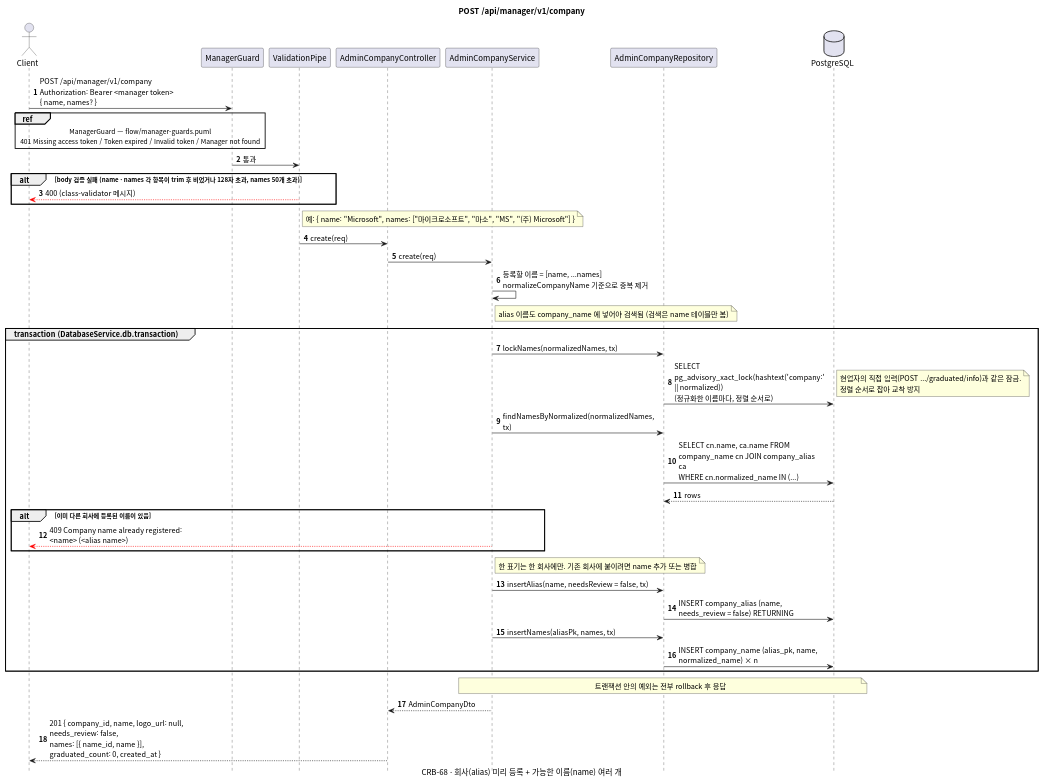
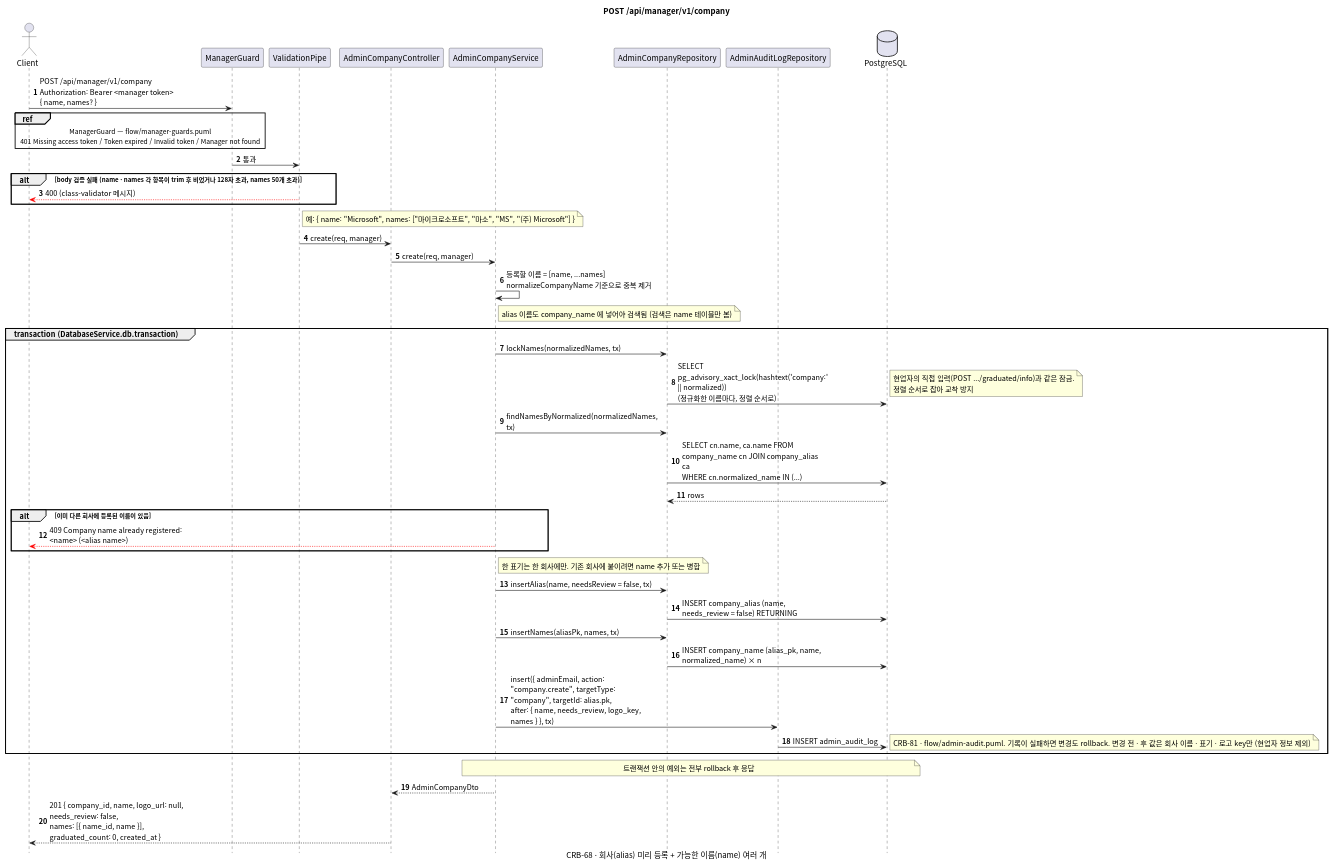
Before and after one commit to gsainfoteam/cheers-be: the diagram in docs/sequence/manager/post-company.puml, drawn with PlantUML. The commit also changed 88 other files, not shown here.

Commit message:
- feat: 어드민 변경 감사 로그(admin_audit_log, 변경 전·후 값)와 접근 로그 · 감사 로그 조회 API

```diff
--- a/docs/sequence/manager/post-company.puml
+++ b/docs/sequence/manager/post-company.puml
@@ -1,60 +1,64 @@
 @startuml post-manager-company
 skinparam defaultFontName "Apple SD Gothic Neo", "Noto Sans CJK KR", sans-serif
 skinparam responseMessageBelowArrow true
 skinparam sequenceMessageAlign left
 skinparam maxMessageSize 260
 skinparam BoxPadding 8
 skinparam shadowing false
 autonumber
 hide footbox
 
 title POST /api/manager/v1/company
 caption CRB-68 · 회사(alias) 미리 등록 + 가능한 이름(name) 여러 개
 
 actor Client
 participant "ManagerGuard" as Guard
 participant "ValidationPipe" as Pipe
 participant "AdminCompanyController" as Controller
 participant "AdminCompanyService" as Service
 participant "AdminCompanyRepository" as AdminCompanyRepository
+participant "AdminAuditLogRepository" as AdminAuditLogRepository
 database PostgreSQL
 
 Client -> Guard: POST /api/manager/v1/company\nAuthorization: Bearer <manager token>\n{ name, names? }
 ref over Client, Guard: ManagerGuard — flow/manager-guards.puml\n401 Missing access token / Token expired / Invalid token / Manager not found
 Guard -> Pipe: 통과
 alt body 검증 실패 (name · names 각 항목이 trim 후 비었거나 128자 초과, names 50개 초과)
   Pipe -[#red]-> Client: 400 (class-validator 메시지)
 end
 note right of Pipe: 예: { name: "Microsoft", names: ["마이크로소프트", "마소", "MS", "(주) Microsoft"] }
-Pipe -> Controller: create(req)
-Controller -> Service: create(req)
+Pipe -> Controller: create(req, manager)
+Controller -> Service: create(req, manager)
 
 Service -> Service: 등록할 이름 = [name, ...names]\nnormalizeCompanyName 기준으로 중복 제거
 note right of Service: alias 이름도 company_name 에 넣어야 검색됨 (검색은 name 테이블만 봄)
 
 group transaction (DatabaseService.db.transaction)
   Service -> AdminCompanyRepository: lockNames(normalizedNames, tx)
   AdminCompanyRepository -> PostgreSQL: SELECT pg_advisory_xact_lock(hashtext('company:' || normalized))\n(정규화한 이름마다, 정렬 순서로)
   note right
     현업자의 직접 입력(POST .../graduated/info)과 같은 잠금.
     정렬 순서로 잡아 교착 방지
   end note
   Service -> AdminCompanyRepository: findNamesByNormalized(normalizedNames, tx)
   AdminCompanyRepository -> PostgreSQL: SELECT cn.name, ca.name FROM company_name cn JOIN company_alias ca\nWHERE cn.normalized_name IN (...)
   PostgreSQL --> AdminCompanyRepository: rows
   alt 이미 다른 회사에 등록된 이름이 있음
     Service -[#red]-> Client: 409 Company name already registered: <name> (<alias name>)
   end
   note right of Service: 한 표기는 한 회사에만. 기존 회사에 붙이려면 name 추가 또는 병합
 
   Service -> AdminCompanyRepository: insertAlias(name, needsReview = false, tx)
   AdminCompanyRepository -> PostgreSQL: INSERT company_alias (name, needs_review = false) RETURNING
   Service -> AdminCompanyRepository: insertNames(aliasPk, names, tx)
   AdminCompanyRepository -> PostgreSQL: INSERT company_name (alias_pk, name, normalized_name) × n
+  Service -> AdminAuditLogRepository: insert({ adminEmail, action: "company.create", targetType: "company", targetId: alias.pk,\nafter: { name, needs_review, logo_key, names } }, tx)
+  AdminAuditLogRepository -> PostgreSQL: INSERT admin_audit_log
+  note right: CRB-81 · flow/admin-audit.puml. 기록이 실패하면 변경도 rollback. 변경 전 · 후 값은 회사 이름 · 표기 · 로고 key만 (현업자 정보 제외)
 end
 note over Service, PostgreSQL: 트랜잭션 안의 예외는 전부 rollback 후 응답
 
 Service --> Controller: AdminCompanyDto
 Controller --> Client: 201 { company_id, name, logo_url: null, needs_review: false,\nnames: [{ name_id, name }], graduated_count: 0, created_at }
 
 @enduml
```
